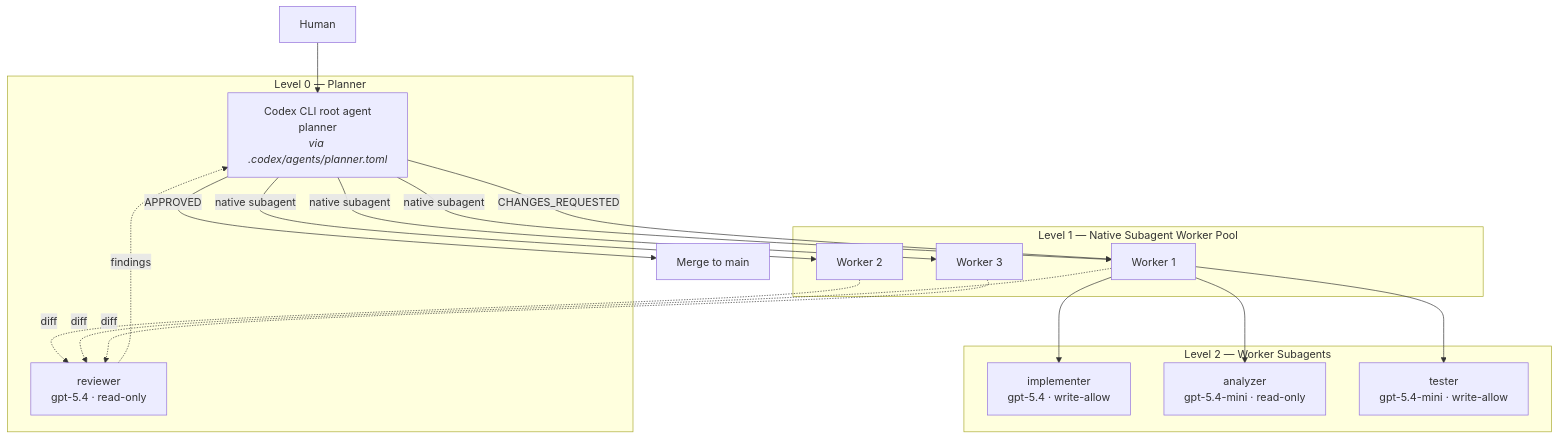
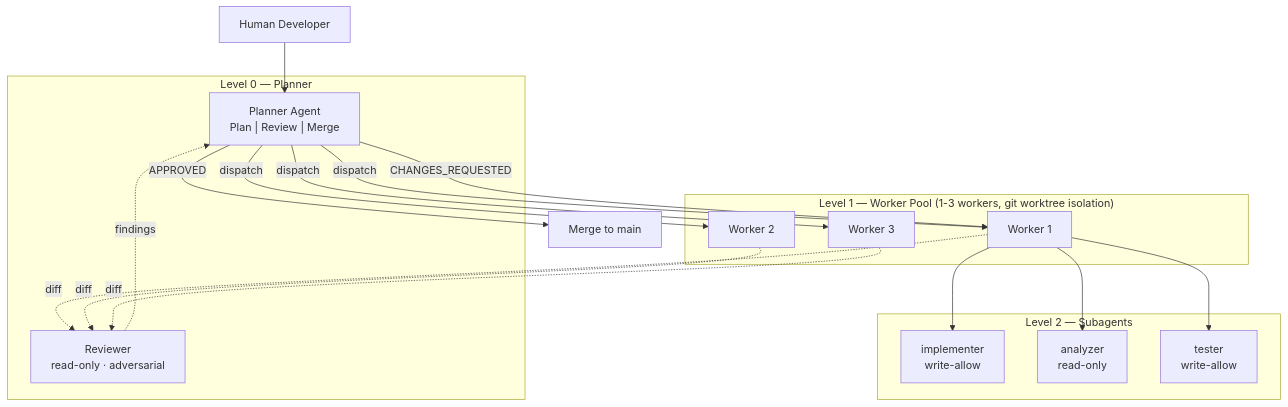
One commit to fzhiy/multi-agent-dev-framework changed the diagram in README.md. Above: the diagram before and after it, drawn with Mermaid. The commit also changed other lines of this file and 1 other file, not shown here.

Commit message:
docs: generalize architecture diagram to be provider-agnostic

````diff
--- a/README.md
+++ b/README.md
@@ -110,36 +20,37 @@
 ```mermaid
 graph TB
-    Human["Human"] --> Planner
+    Human["Human Developer"] --> Planner
 
     subgraph "Level 0 — Planner"
-        Planner["Codex CLI root agent<br/>planner<br/><i>via .codex/agents/planner.toml</i>"]
-        Reviewer["reviewer<br/>gpt-5.4 · read-only"]
+        Planner["Planner Agent<br/>Plan | Review | Merge"]
+        Reviewer["Reviewer<br/>read-only · adversarial"]
     end
 
-    subgraph "Level 1 — Native Subagent Worker Pool"
+    subgraph "Level 1 — Worker Pool (1-3 workers, git worktree isolation)"
         W1["Worker 1"]
         W2["Worker 2"]
         W3["Worker 3"]
     end
 
-    subgraph "Level 2 — Worker Subagents"
-        impl["implementer<br/>gpt-5.4 · write-allow"]
-        analyzer["analyzer<br/>gpt-5.4-mini · read-only"]
-        tester["tester<br/>gpt-5.4-mini · write-allow"]
+    subgraph "Level 2 — Subagents"
+        impl["implementer<br/>write-allow"]
+        analyzer["analyzer<br/>read-only"]
+        tester["tester<br/>write-allow"]
     end
 
-    Planner -->|"native subagent"| W1
-    Planner -->|"native subagent"| W2
-    Planner -->|"native subagent"| W3
+    Planner -->|"dispatch"| W1
+    Planner -->|"dispatch"| W2
+    Planner -->|"dispatch"| W3
 
     W1 --> impl
     W1 --> analyzer
     W1 --> tester
+
+    W1 -.->|"diff"| Reviewer
     W2 -.->|"diff"| Reviewer
-    W1 -.->|"diff"| Reviewer
     W3 -.->|"diff"| Reviewer
     Reviewer -.->|"findings"| Planner
 
     Planner -->|"APPROVED"| Merge["Merge to main"]
     Planner -->|"CHANGES_REQUESTED"| W1
 ```
````
